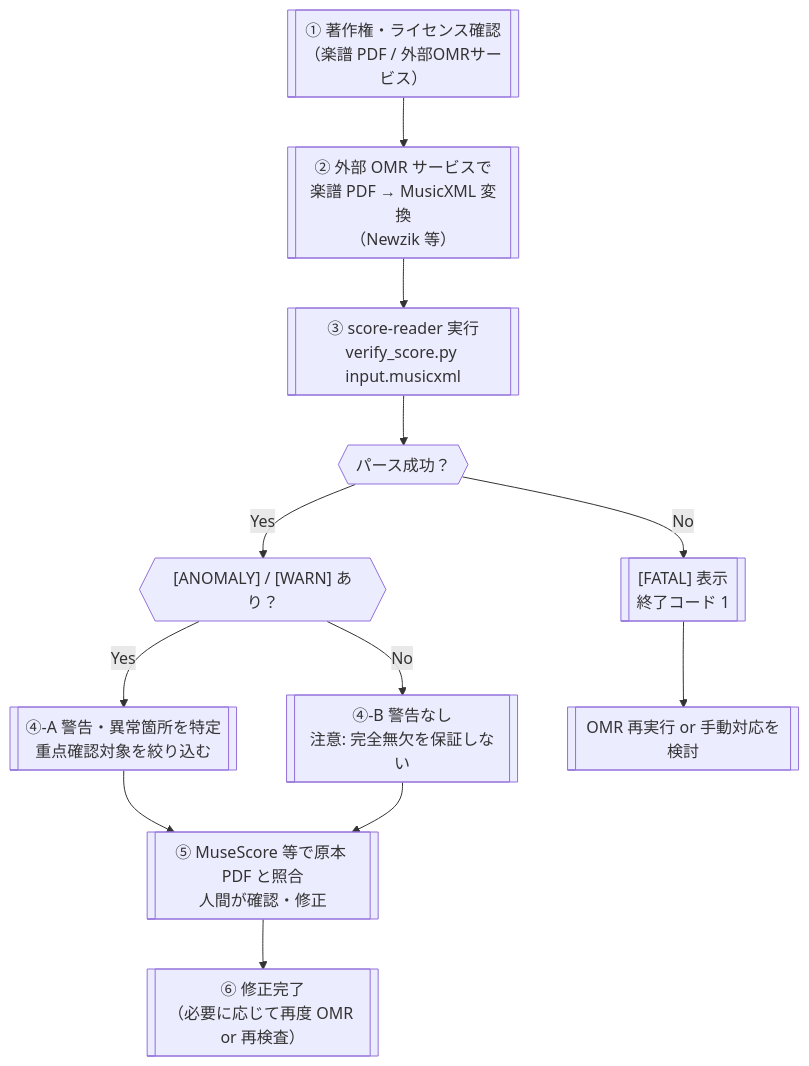
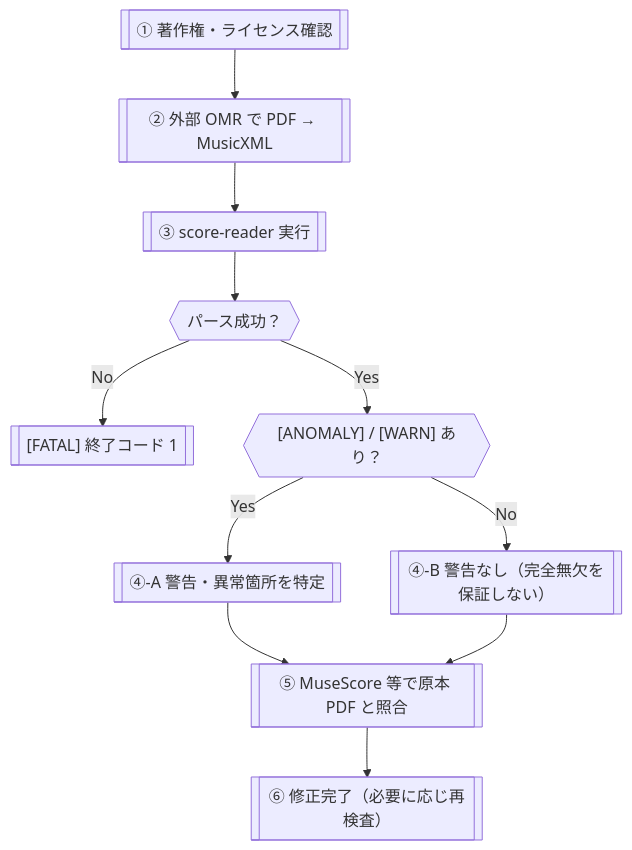
Before and after one commit to t-oikawa-sendai/score-reader: the diagram in docs/design/04_UI_AND_FLOW_DESIGN.md, drawn with Mermaid. The commit also changed other lines of this file and 9 other files, not shown here.

````diff
--- a/docs/design/04_UI_AND_FLOW_DESIGN.md
+++ b/docs/design/04_UI_AND_FLOW_DESIGN.md
@@ -125,25 +104,20 @@
 ```mermaid
 flowchart TD
-    A[["① 著作権・ライセンス確認\n（楽譜 PDF / 外部OMRサービス）"]]
-    B[["② 外部 OMR サービスで\n楽譜 PDF → MusicXML 変換\n（Newzik 等）"]]
-    C[["③ score-reader 実行\nverify_score.py input.musicxml"]]
+    A[["① 著作権・ライセンス確認"]]
+    B[["② 外部 OMR で PDF → MusicXML"]]
+    C[["③ score-reader 実行"]]
     D{{"パース成功？"}}
-    E[["[FATAL] 表示\n終了コード 1"]]
+    E[["[FATAL] 終了コード 1"]]
     F{{"[ANOMALY] / [WARN] あり？"}}
-    G[["④-A 警告・異常箇所を特定\n重点確認対象を絞り込む"]]
-    H[["④-B 警告なし\n注意: 完全無欠を保証しない"]]
-    I[["⑤ MuseScore 等で原本 PDF と照合\n人間が確認・修正"]]
-    J[["⑥ 修正完了\n（必要に応じて再度 OMR or 再検査）"]]
+    G[["④-A 警告・異常箇所を特定"]]
+    H[["④-B 警告なし（完全無欠を保証しない）"]]
+    I[["⑤ MuseScore 等で原本 PDF と照合"]]
+    J[["⑥ 修正完了（必要に応じ再検査）"]]
 
-    A --> B
-    B --> C
-    C --> D
+    A --> B --> C --> D
     D -- No --> E
     D -- Yes --> F
-    E --> K[["OMR 再実行 or 手動対応を検討"]]
-    F -- Yes --> G
-    F -- No --> H
-    G --> I
-    H --> I
+    F -- Yes --> G --> I
+    F -- No --> H --> I
     I --> J
 ```
````
